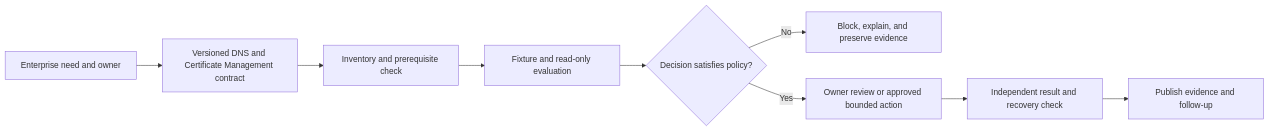
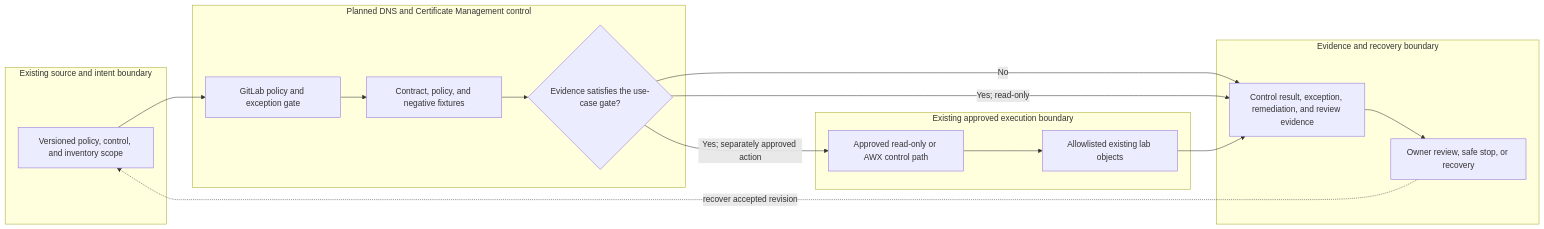
The diagram in docs/use-cases/governance/UC-GOV-009-dns-and-certificate-management.md (MIDHTECH/enterprise-architecture-docs), drawn with Mermaid before and after one commit. The commit also changed other lines of this file and 227 other files, not shown here.

Commit message:
Deepen architecture for all use case designs

````diff
--- a/docs/use-cases/governance/UC-GOV-009-dns-and-certificate-management.md
+++ b/docs/use-cases/governance/UC-GOV-009-dns-and-certificate-management.md
@@ -136,11 +129,25 @@
 ```mermaid
 flowchart LR
-    Need["Enterprise need and owner"] --> Contract["Versioned DNS and Certificate Management contract"]
-    Contract --> Preflight["Inventory and prerequisite check"]
-    Preflight --> Evaluate["Fixture and read-only evaluation"]
-    Evaluate --> Decision{"Decision satisfies policy?"}
-    Decision -->|No| Stop["Block, explain, and preserve evidence"]
-    Decision -->|Yes| Review["Owner review or approved bounded action"]
-    Review --> Verify["Independent result and recovery check"]
-    Verify --> Publish["Publish evidence and follow-up"]
+    subgraph Source["Existing source and intent boundary"]
+        A["Versioned policy, control, and inventory scope"]
+    end
+    subgraph Planned["Planned DNS and Certificate Management control"]
+        B["GitLab policy and exception gate"]
+        C["Contract, policy, and negative fixtures"]
+        D{"Evidence satisfies the use-case gate?"}
+    end
+    subgraph Runtime["Existing approved execution boundary"]
+        E["Approved read-only or AWX control path"]
+        F["Allowlisted existing lab objects"]
+    end
+    subgraph Assurance["Evidence and recovery boundary"]
+        G["Control result, exception, remediation, and review evidence"]
+        H["Owner review, safe stop, or recovery"]
+    end
+
+    A --> B --> C --> D
+    D -->|No| G --> H
+    D -->|Yes; read-only| G
+    D -->|Yes; separately approved action| E --> F --> G
+    H -. recover accepted revision .-> A
 ```
````
